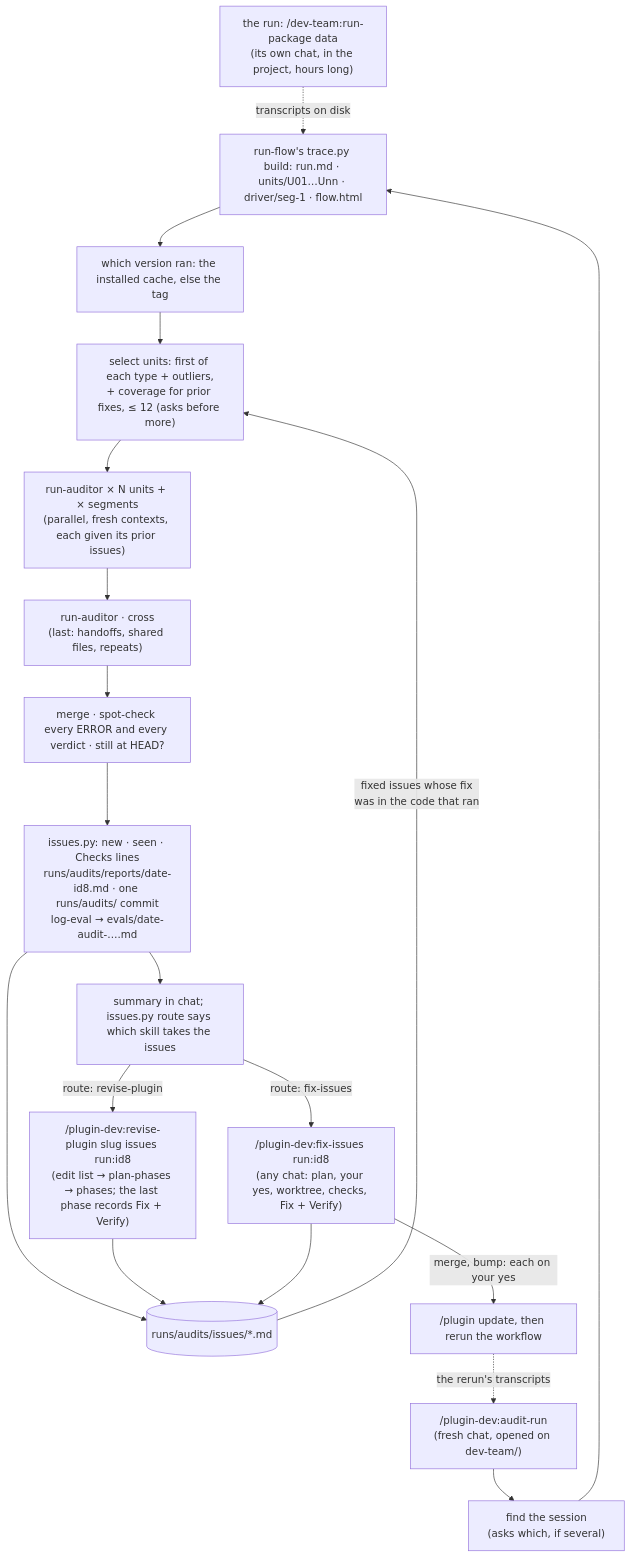
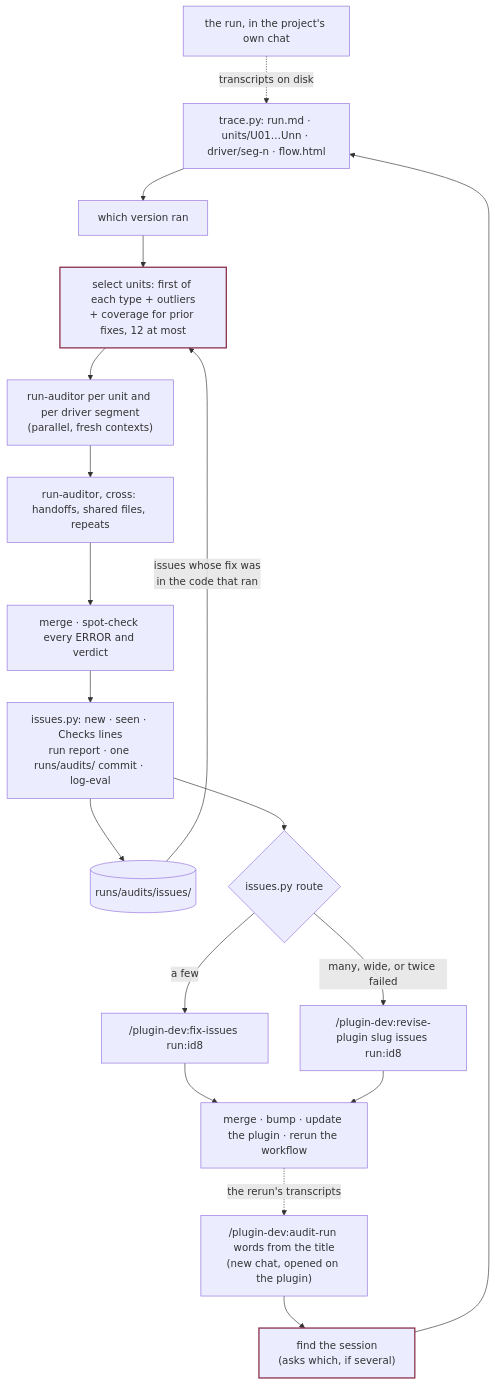
Before and after one commit to cott435/cott-plugins: the diagram in plugin-dev/site/workflows/audit-a-run.md, drawn with Mermaid. The commit also changed other lines of this file and 11 other files, not shown here.

First line of the commit message:
plugin-dev: four workflow pages by where a change starts — design a plugin or a workflow, change from facts, plan and run the phases, check a run

````diff
--- a/plugin-dev/site/workflows/audit-a-run.md
+++ b/plugin-dev/site/workflows/audit-a-run.md
@@ -17,21 +14,22 @@
 ```mermaid
 flowchart TD
-  R["the run: /dev-team:run-package data<br/>(its own chat, in the project, hours long)"] -.->|transcripts on disk| T
-  A["/plugin-dev:audit-run<br/>(fresh chat, opened on dev-team/)"] --> F["find the session<br/>(asks which, if several)"]
-  F --> T["run-flow's trace.py build: run.md · units/U01…Unn · driver/seg-1 · flow.html"]
-  T --> V["which version ran: the installed cache, else the tag"]
-  V --> S["select units: first of each type + outliers,<br/>+ coverage for prior fixes, ≤ 12 (asks before more)"]
-  ISS[("runs/audits/issues/*.md")] -->|"fixed issues whose fix<br/>was in the code that ran"| S
-  S --> P["run-auditor × N units + × segments<br/>(parallel, fresh contexts, each given its prior issues)"]
-  P --> X["run-auditor · cross<br/>(last: handoffs, shared files, repeats)"]
-  X --> M["merge · spot-check every ERROR and every verdict · still at HEAD?"]
-  M --> O["issues.py: new · seen · Checks lines<br/>runs/audits/reports/date-id8.md · one runs/audits/ commit<br/>log-eval → evals/date-audit-….md"]
+  R["the run, in the project's own chat"] -.->|transcripts on disk| T
+  A["/plugin-dev:audit-run words from the title<br/>(new chat, opened on the plugin)"] --> F["find the session<br/>(asks which, if several)"]
+  F --> T["trace.py: run.md · units/U01…Unn · driver/seg-n · flow.html"]
+  T --> V["which version ran"]
+  V --> S["select units: first of each type + outliers<br/>+ coverage for prior fixes, 12 at most"]
+  ISS[("runs/audits/issues/")] -->|"issues whose fix was<br/>in the code that ran"| S
+  S --> P["run-auditor per unit and per driver segment<br/>(parallel, fresh contexts)"]
+  P --> X["run-auditor, cross: handoffs, shared files, repeats"]
+  X --> M["merge · spot-check every ERROR and verdict"]
+  M --> O["issues.py: new · seen · Checks lines<br/>run report · one runs/audits/ commit · log-eval"]
   O --> ISS
-  O --> U["summary in chat; issues.py route says which skill takes the issues"]
-  U -->|"route: fix-issues"| FI["/plugin-dev:fix-issues run:id8<br/>(any chat: plan, your yes, worktree, checks, Fix + Verify)"]
-  U -->|"route: revise-plugin"| RV["/plugin-dev:revise-plugin slug issues run:id8<br/>(edit list → plan-phases → phases; the last phase records Fix + Verify)"]
-  RV --> ISS
-  FI --> ISS
-  FI -->|"merge, bump: each on your yes"| UP["/plugin update, then rerun the workflow"]
+  O --> U{"issues.py route"}
+  U -->|a few| FI["/plugin-dev:fix-issues run:id8"]
+  U -->|many, wide, or twice failed| RV["/plugin-dev:revise-plugin slug issues run:id8"]
+  FI --> UP["merge · bump · update the plugin · rerun the workflow"]
+  RV --> UP
   UP -.->|the rerun's transcripts| A
+  classDef stop stroke:#8a2f4a,stroke-width:2px;
+  class F,S stop;
 ```
````
